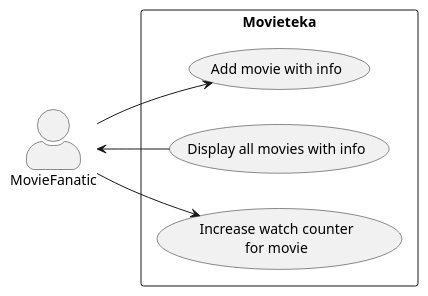
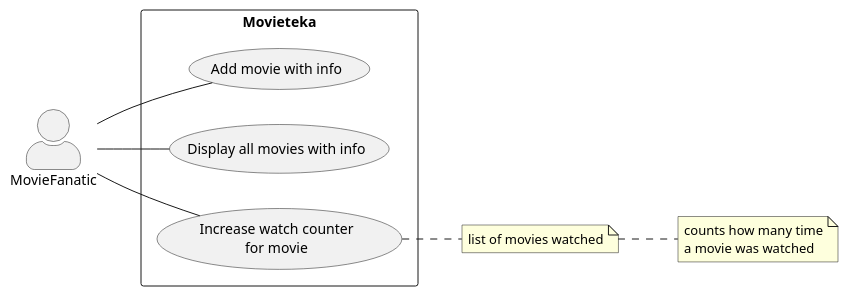
The diagram in UML/Use Case Diagram.puml (Krizsi96/SectionChallenge_13), drawn with PlantUML before and after one commit.

Commit message:
add notes to the use case diagram

```diff
--- a/UML/Use Case Diagram.puml
+++ b/UML/Use Case Diagram.puml
@@ -1,14 +1,20 @@
 @startuml Use Case Diagram
   skinparam actorStyle awesome
   left to right direction
   
   'Creating actors
   actor MovieFanatic
   
   rectangle "Movieteka" {
-    MovieFanatic --> (Add movie with info)
-    MovieFanatic <-- (Display all movies with info)
-    MovieFanatic --> (Increase watch counter\nfor movie)
+    MovieFanatic -- (Add movie with info)
+    MovieFanatic -- (Display all movies with info)
+    MovieFanatic -- (Increase watch counter\nfor movie)
   }
 
+  (Add movie with info)
+  note right : list of movies watched
+
+  (Increase watch counter\nfor movie)
+  note right : counts how many time\na movie was watched
+
 @enduml
```
